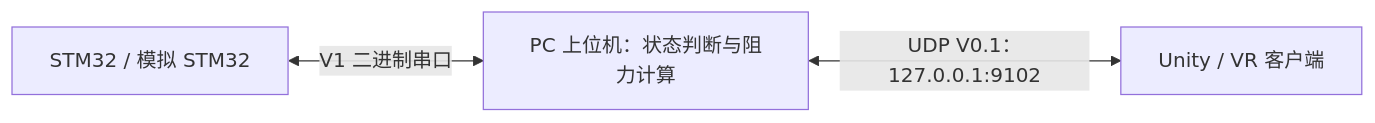
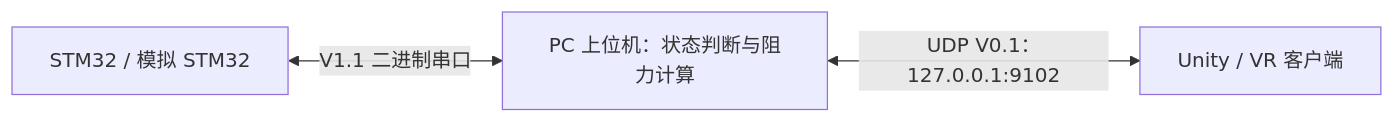
Before and after one commit to Ihtbfas/armwrestling: the diagram in README.md, drawn with Mermaid. The commit also changed other lines of this file and 39 other files, not shown here.

````diff
--- a/README.md
+++ b/README.md
@@ -25,5 +25,5 @@
 ```mermaid
 flowchart LR
-    Board["STM32 / 模拟 STM32"] <-->|"V1 二进制串口"| PC["PC 上位机：状态判断与阻力计算"]
+    Board["STM32 / 模拟 STM32"] <-->|"V1.1 二进制串口"| PC["PC 上位机：状态判断与阻力计算"]
     PC <-->|"UDP V0.1：127.0.0.1:9102"| VR["Unity / VR 客户端"]
 ```
````
